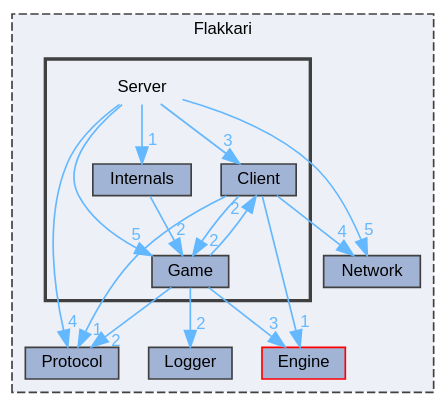
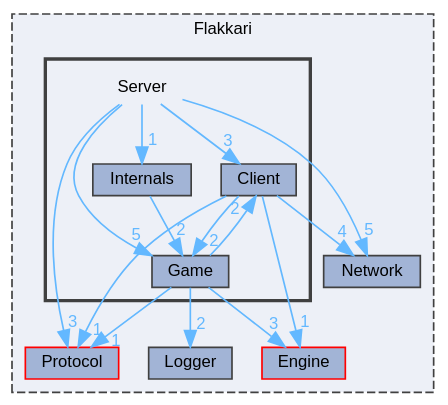
The diagram in dir_b45b4f7f86949fcdbe13543d457ee769_dep.dot (MasterLaplace/Flakkari), drawn with Graphviz before and after one commit. The commit also changed 322 other files, not shown here.

```diff
--- a/dir_b45b4f7f86949fcdbe13543d457ee769_dep.dot
+++ b/dir_b45b4f7f86949fcdbe13543d457ee769_dep.dot
@@ -1,36 +1,36 @@
 digraph "Flakkari/Server"
 {
  // LATEX_PDF_SIZE
   bgcolor="transparent";
   edge [fontname=Helvetica,fontsize=10,labelfontname=Helvetica,labelfontsize=10];
   node [fontname=Helvetica,fontsize=10,shape=box,height=0.2,width=0.4];
   compound=true
   subgraph clusterdir_7252f805497af2c98d8ae536646df97b {
     graph [ bgcolor="#edf0f7", pencolor="grey25", label="Flakkari", fontname=Helvetica,fontsize=10 style="filled,dashed", URL="dir_7252f805497af2c98d8ae536646df97b.html",tooltip=""]
   dir_45889462d704ec0e5c2ce024817bc167 [label="Logger", fillcolor="#a2b4d6", color="grey25", style="filled", URL="dir_45889462d704ec0e5c2ce024817bc167.html",tooltip=""];
   dir_a8832efbf453ed375786272748b42b6e [label="Engine", fillcolor="#a2b4d6", color="red", style="filled", URL="dir_a8832efbf453ed375786272748b42b6e.html",tooltip=""];
-  dir_c5bb1fc07982e0126fd8087c13a737b0 [label="Protocol", fillcolor="#a2b4d6", color="grey25", style="filled", URL="dir_c5bb1fc07982e0126fd8087c13a737b0.html",tooltip=""];
+  dir_c5bb1fc07982e0126fd8087c13a737b0 [label="Protocol", fillcolor="#a2b4d6", color="red", style="filled", URL="dir_c5bb1fc07982e0126fd8087c13a737b0.html",tooltip=""];
   dir_dc3bc5b104a4f9709e6dd6d8ef9cb2d5 [label="Network", fillcolor="#a2b4d6", color="grey25", style="filled", URL="dir_dc3bc5b104a4f9709e6dd6d8ef9cb2d5.html",tooltip=""];
   subgraph clusterdir_b45b4f7f86949fcdbe13543d457ee769 {
     graph [ bgcolor="#edf0f7", pencolor="grey25", label="", fontname=Helvetica,fontsize=10 style="filled,bold", URL="dir_b45b4f7f86949fcdbe13543d457ee769.html",tooltip=""]
     dir_b45b4f7f86949fcdbe13543d457ee769 [shape=plaintext, label="Server"];
   dir_7e06220f9d8ad8af8703f9c9be194f68 [label="Client", fillcolor="#a2b4d6", color="grey25", style="filled", URL="dir_7e06220f9d8ad8af8703f9c9be194f68.html",tooltip=""];
   dir_96390089ad122cc0e79a3d516a8e4be8 [label="Game", fillcolor="#a2b4d6", color="grey25", style="filled", URL="dir_96390089ad122cc0e79a3d516a8e4be8.html",tooltip=""];
   dir_74e769d2151983ba157e4b397e94e5a6 [label="Internals", fillcolor="#a2b4d6", color="grey25", style="filled", URL="dir_74e769d2151983ba157e4b397e94e5a6.html",tooltip=""];
   }
   }
-  dir_b45b4f7f86949fcdbe13543d457ee769->dir_74e769d2151983ba157e4b397e94e5a6 [headlabel="1", labeldistance=1.5 headhref="dir_000015_000010.html" href="dir_000015_000010.html" color="steelblue1" fontcolor="steelblue1"];
-  dir_b45b4f7f86949fcdbe13543d457ee769->dir_7e06220f9d8ad8af8703f9c9be194f68 [headlabel="3", labeldistance=1.5 headhref="dir_000015_000003.html" href="dir_000015_000003.html" color="steelblue1" fontcolor="steelblue1"];
-  dir_b45b4f7f86949fcdbe13543d457ee769->dir_96390089ad122cc0e79a3d516a8e4be8 [headlabel="5", labeldistance=1.5 headhref="dir_000015_000009.html" href="dir_000015_000009.html" color="steelblue1" fontcolor="steelblue1"];
-  dir_b45b4f7f86949fcdbe13543d457ee769->dir_c5bb1fc07982e0126fd8087c13a737b0 [headlabel="4", labeldistance=1.5 headhref="dir_000015_000014.html" href="dir_000015_000014.html" color="steelblue1" fontcolor="steelblue1"];
-  dir_b45b4f7f86949fcdbe13543d457ee769->dir_dc3bc5b104a4f9709e6dd6d8ef9cb2d5 [headlabel="5", labeldistance=1.5 headhref="dir_000015_000013.html" href="dir_000015_000013.html" color="steelblue1" fontcolor="steelblue1"];
-  dir_7e06220f9d8ad8af8703f9c9be194f68->dir_96390089ad122cc0e79a3d516a8e4be8 [headlabel="2", labeldistance=1.5 headhref="dir_000003_000009.html" href="dir_000003_000009.html" color="steelblue1" fontcolor="steelblue1"];
-  dir_7e06220f9d8ad8af8703f9c9be194f68->dir_a8832efbf453ed375786272748b42b6e [headlabel="1", labeldistance=1.5 headhref="dir_000003_000006.html" href="dir_000003_000006.html" color="steelblue1" fontcolor="steelblue1"];
-  dir_7e06220f9d8ad8af8703f9c9be194f68->dir_c5bb1fc07982e0126fd8087c13a737b0 [headlabel="1", labeldistance=1.5 headhref="dir_000003_000014.html" href="dir_000003_000014.html" color="steelblue1" fontcolor="steelblue1"];
-  dir_7e06220f9d8ad8af8703f9c9be194f68->dir_dc3bc5b104a4f9709e6dd6d8ef9cb2d5 [headlabel="4", labeldistance=1.5 headhref="dir_000003_000013.html" href="dir_000003_000013.html" color="steelblue1" fontcolor="steelblue1"];
-  dir_96390089ad122cc0e79a3d516a8e4be8->dir_45889462d704ec0e5c2ce024817bc167 [headlabel="2", labeldistance=1.5 headhref="dir_000009_000011.html" href="dir_000009_000011.html" color="steelblue1" fontcolor="steelblue1"];
-  dir_96390089ad122cc0e79a3d516a8e4be8->dir_7e06220f9d8ad8af8703f9c9be194f68 [headlabel="2", labeldistance=1.5 headhref="dir_000009_000003.html" href="dir_000009_000003.html" color="steelblue1" fontcolor="steelblue1"];
-  dir_96390089ad122cc0e79a3d516a8e4be8->dir_a8832efbf453ed375786272748b42b6e [headlabel="3", labeldistance=1.5 headhref="dir_000009_000006.html" href="dir_000009_000006.html" color="steelblue1" fontcolor="steelblue1"];
-  dir_96390089ad122cc0e79a3d516a8e4be8->dir_c5bb1fc07982e0126fd8087c13a737b0 [headlabel="2", labeldistance=1.5 headhref="dir_000009_000014.html" href="dir_000009_000014.html" color="steelblue1" fontcolor="steelblue1"];
-  dir_74e769d2151983ba157e4b397e94e5a6->dir_96390089ad122cc0e79a3d516a8e4be8 [headlabel="2", labeldistance=1.5 headhref="dir_000010_000009.html" href="dir_000010_000009.html" color="steelblue1" fontcolor="steelblue1"];
+  dir_b45b4f7f86949fcdbe13543d457ee769->dir_74e769d2151983ba157e4b397e94e5a6 [headlabel="1", labeldistance=1.5 headhref="dir_000017_000012.html" href="dir_000017_000012.html" color="steelblue1" fontcolor="steelblue1"];
+  dir_b45b4f7f86949fcdbe13543d457ee769->dir_7e06220f9d8ad8af8703f9c9be194f68 [headlabel="3", labeldistance=1.5 headhref="dir_000017_000004.html" href="dir_000017_000004.html" color="steelblue1" fontcolor="steelblue1"];
+  dir_b45b4f7f86949fcdbe13543d457ee769->dir_96390089ad122cc0e79a3d516a8e4be8 [headlabel="5", labeldistance=1.5 headhref="dir_000017_000011.html" href="dir_000017_000011.html" color="steelblue1" fontcolor="steelblue1"];
+  dir_b45b4f7f86949fcdbe13543d457ee769->dir_c5bb1fc07982e0126fd8087c13a737b0 [headlabel="3", labeldistance=1.5 headhref="dir_000017_000016.html" href="dir_000017_000016.html" color="steelblue1" fontcolor="steelblue1"];
+  dir_b45b4f7f86949fcdbe13543d457ee769->dir_dc3bc5b104a4f9709e6dd6d8ef9cb2d5 [headlabel="5", labeldistance=1.5 headhref="dir_000017_000015.html" href="dir_000017_000015.html" color="steelblue1" fontcolor="steelblue1"];
+  dir_7e06220f9d8ad8af8703f9c9be194f68->dir_96390089ad122cc0e79a3d516a8e4be8 [headlabel="2", labeldistance=1.5 headhref="dir_000004_000011.html" href="dir_000004_000011.html" color="steelblue1" fontcolor="steelblue1"];
+  dir_7e06220f9d8ad8af8703f9c9be194f68->dir_a8832efbf453ed375786272748b42b6e [headlabel="1", labeldistance=1.5 headhref="dir_000004_000007.html" href="dir_000004_000007.html" color="steelblue1" fontcolor="steelblue1"];
+  dir_7e06220f9d8ad8af8703f9c9be194f68->dir_c5bb1fc07982e0126fd8087c13a737b0 [headlabel="1", labeldistance=1.5 headhref="dir_000004_000016.html" href="dir_000004_000016.html" color="steelblue1" fontcolor="steelblue1"];
+  dir_7e06220f9d8ad8af8703f9c9be194f68->dir_dc3bc5b104a4f9709e6dd6d8ef9cb2d5 [headlabel="4", labeldistance=1.5 headhref="dir_000004_000015.html" href="dir_000004_000015.html" color="steelblue1" fontcolor="steelblue1"];
+  dir_96390089ad122cc0e79a3d516a8e4be8->dir_45889462d704ec0e5c2ce024817bc167 [headlabel="2", labeldistance=1.5 headhref="dir_000011_000013.html" href="dir_000011_000013.html" color="steelblue1" fontcolor="steelblue1"];
+  dir_96390089ad122cc0e79a3d516a8e4be8->dir_7e06220f9d8ad8af8703f9c9be194f68 [headlabel="2", labeldistance=1.5 headhref="dir_000011_000004.html" href="dir_000011_000004.html" color="steelblue1" fontcolor="steelblue1"];
+  dir_96390089ad122cc0e79a3d516a8e4be8->dir_a8832efbf453ed375786272748b42b6e [headlabel="3", labeldistance=1.5 headhref="dir_000011_000007.html" href="dir_000011_000007.html" color="steelblue1" fontcolor="steelblue1"];
+  dir_96390089ad122cc0e79a3d516a8e4be8->dir_c5bb1fc07982e0126fd8087c13a737b0 [headlabel="1", labeldistance=1.5 headhref="dir_000011_000016.html" href="dir_000011_000016.html" color="steelblue1" fontcolor="steelblue1"];
+  dir_74e769d2151983ba157e4b397e94e5a6->dir_96390089ad122cc0e79a3d516a8e4be8 [headlabel="2", labeldistance=1.5 headhref="dir_000012_000011.html" href="dir_000012_000011.html" color="steelblue1" fontcolor="steelblue1"];
 }
```
